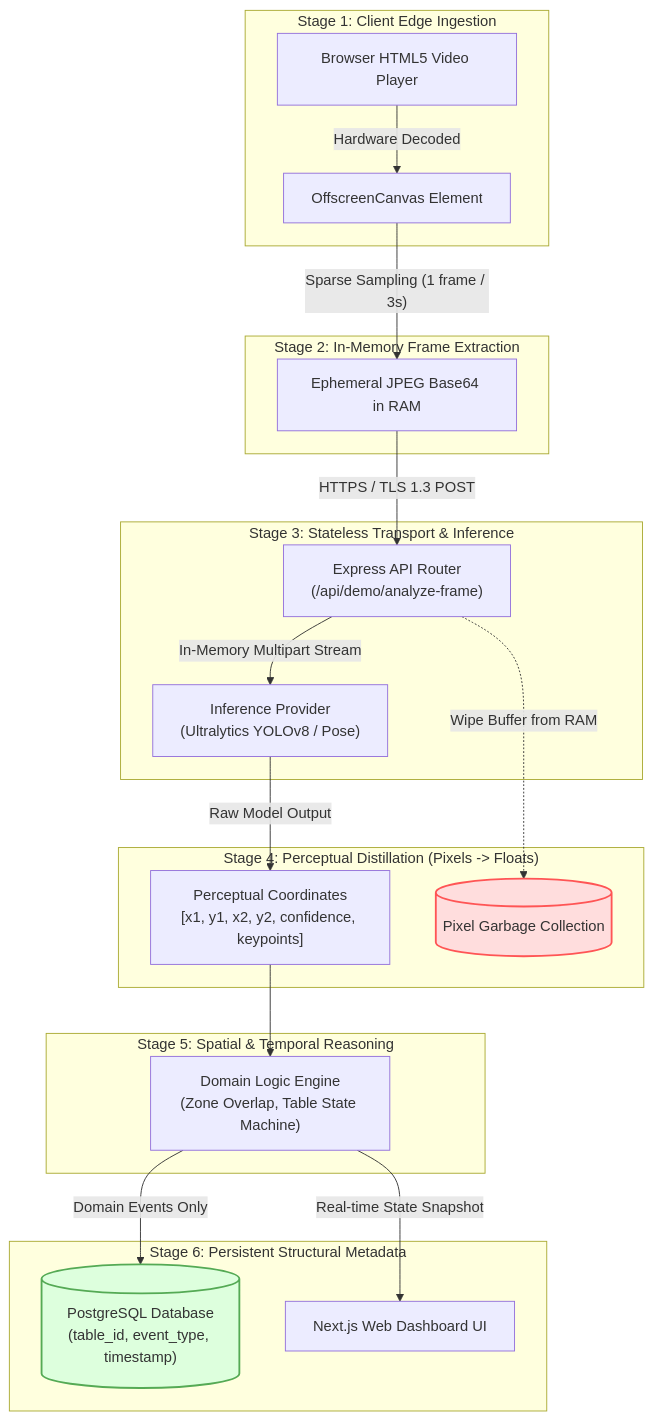
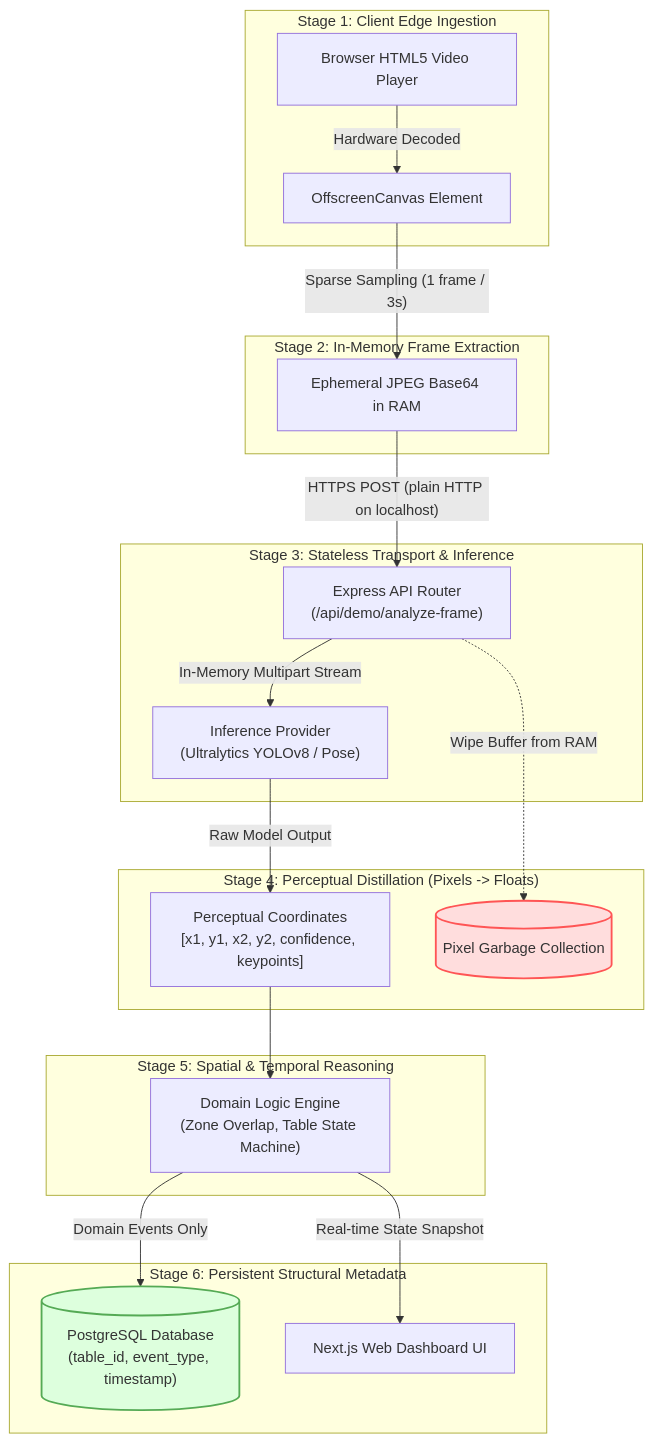
Before and after one commit to james-vincent21/seeserve: the first of 2 diagrams in docs/DATA-LIFECYCLE.md, drawn with Mermaid. The commit also changed other lines of this file and 43 other files, not shown here.

````diff
--- a/docs/DATA-LIFECYCLE.md
+++ b/docs/DATA-LIFECYCLE.md
@@ -24,32 +24,32 @@
 ```mermaid
 flowchart TD
     subgraph Stage1["Stage 1: Client Edge Ingestion"]
         A["Browser HTML5 Video Player"] -->|"Hardware Decoded"| B["OffscreenCanvas Element"]
     end
 
     subgraph Stage2["Stage 2: In-Memory Frame Extraction"]
         B -->|"Sparse Sampling (1 frame / 3s)"| C["Ephemeral JPEG Base64 in RAM"]
     end
 
     subgraph Stage3["Stage 3: Stateless Transport & Inference"]
-        C -->|"HTTPS / TLS 1.3 POST"| D["Express API Router\n(/api/demo/analyze-frame)"]
+        C -->|"HTTPS POST (plain HTTP on localhost)"| D["Express API Router\n(/api/demo/analyze-frame)"]
         D -->|"In-Memory Multipart Stream"| E["Inference Provider\n(Ultralytics YOLOv8 / Pose)"]
     end
 
     subgraph Stage4["Stage 4: Perceptual Distillation (Pixels -> Floats)"]
         E -->|"Raw Model Output"| F["Perceptual Coordinates\n[x1, y1, x2, y2, confidence, keypoints]"]
         D -.->|"Wipe Buffer from RAM"| G[("Pixel Garbage Collection")]
     end
 
     subgraph Stage5["Stage 5: Spatial & Temporal Reasoning"]
         F --> H["Domain Logic Engine\n(Zone Overlap, Table State Machine)"]
     end
 
     subgraph Stage6["Stage 6: Persistent Structural Metadata"]
         H -->|"Domain Events Only"| I[("PostgreSQL Database\n(table_id, event_type, timestamp)")]
         H -->|"Real-time State Snapshot"| J["Next.js Web Dashboard UI"]
     end
 
     style G fill:#ffdddd,stroke:#ff5555,stroke-width:2px;
     style I fill:#ddffdd,stroke:#55aa55,stroke-width:2px;
 ```
````
